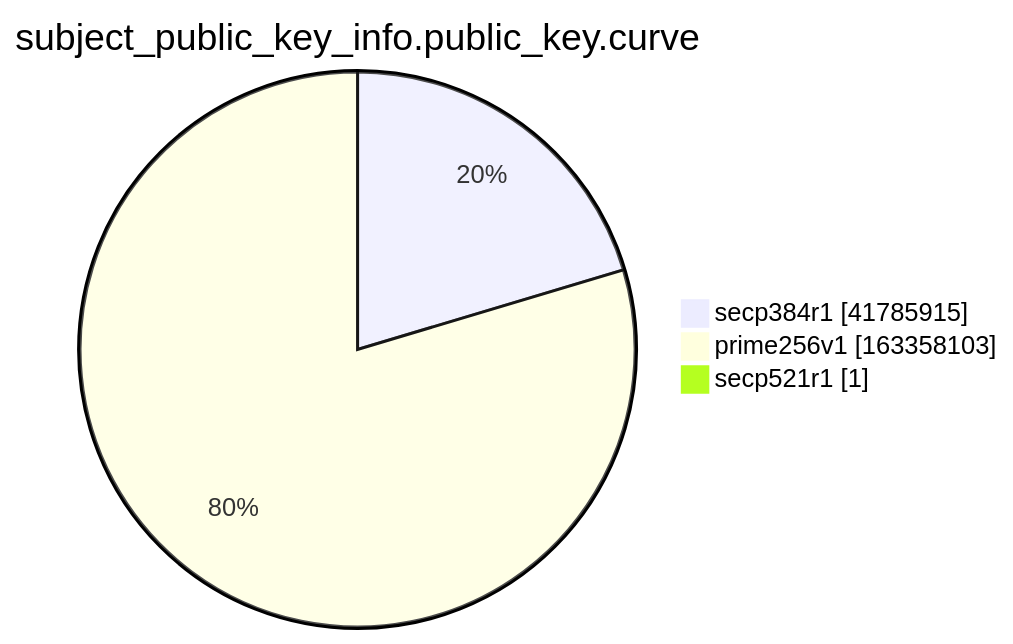
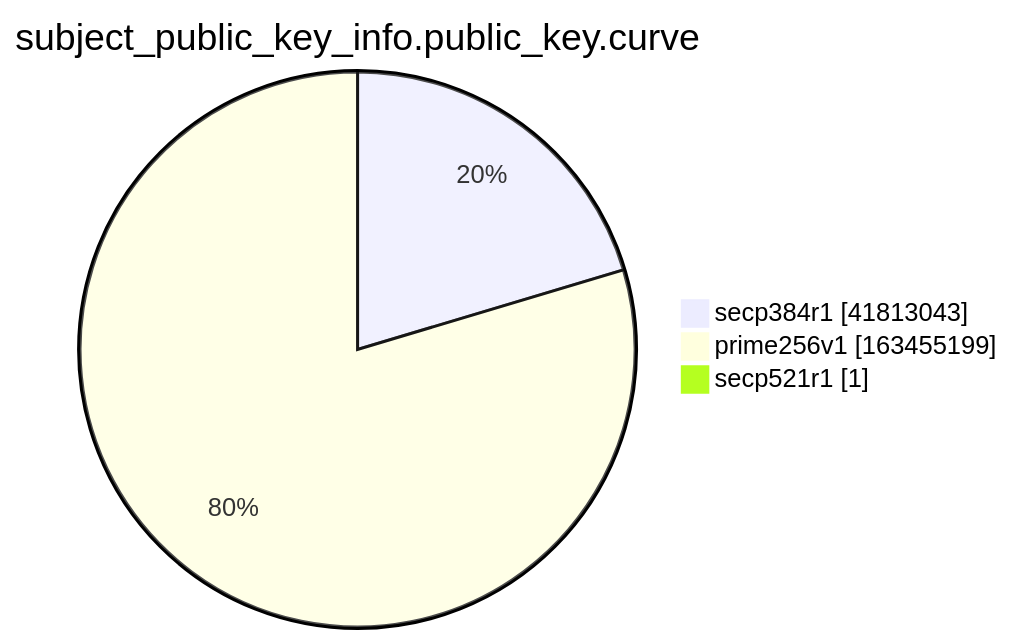
One commit to christiankrug/ctmonitor_visualization changed the ninth of 15 diagrams in xenon2022/README.md. Above: the diagram before and after it, drawn with Mermaid. The commit also changed other lines of this file, not shown here.

````diff
--- a/xenon2022/README.md
+++ b/xenon2022/README.md
@@ -2868,7 +2869,7 @@
 ```mermaid
 pie showData
 title subject_public_key_info.public_key.curve
-"secp384r1" :41785915
-"prime256v1" :163358103
+"secp384r1" :41813043
+"prime256v1" :163455199
 "secp521r1" :1
 ```
````
